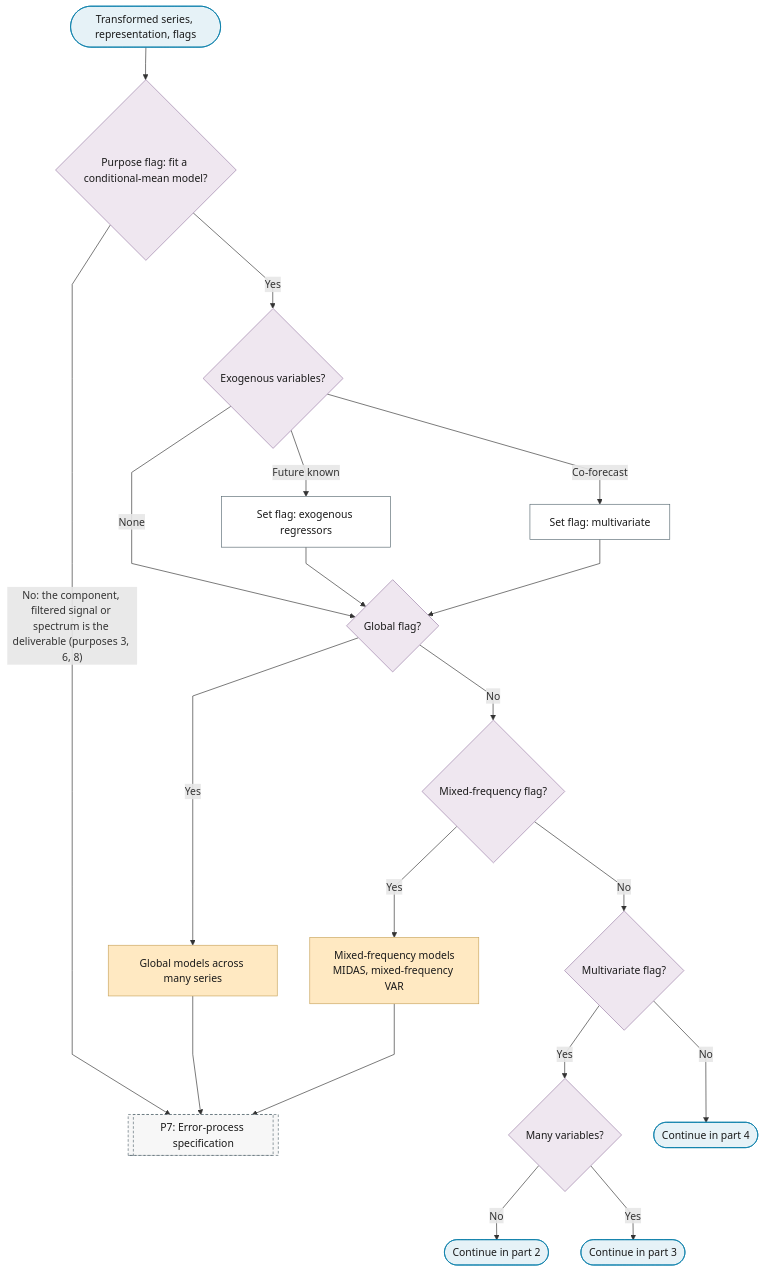
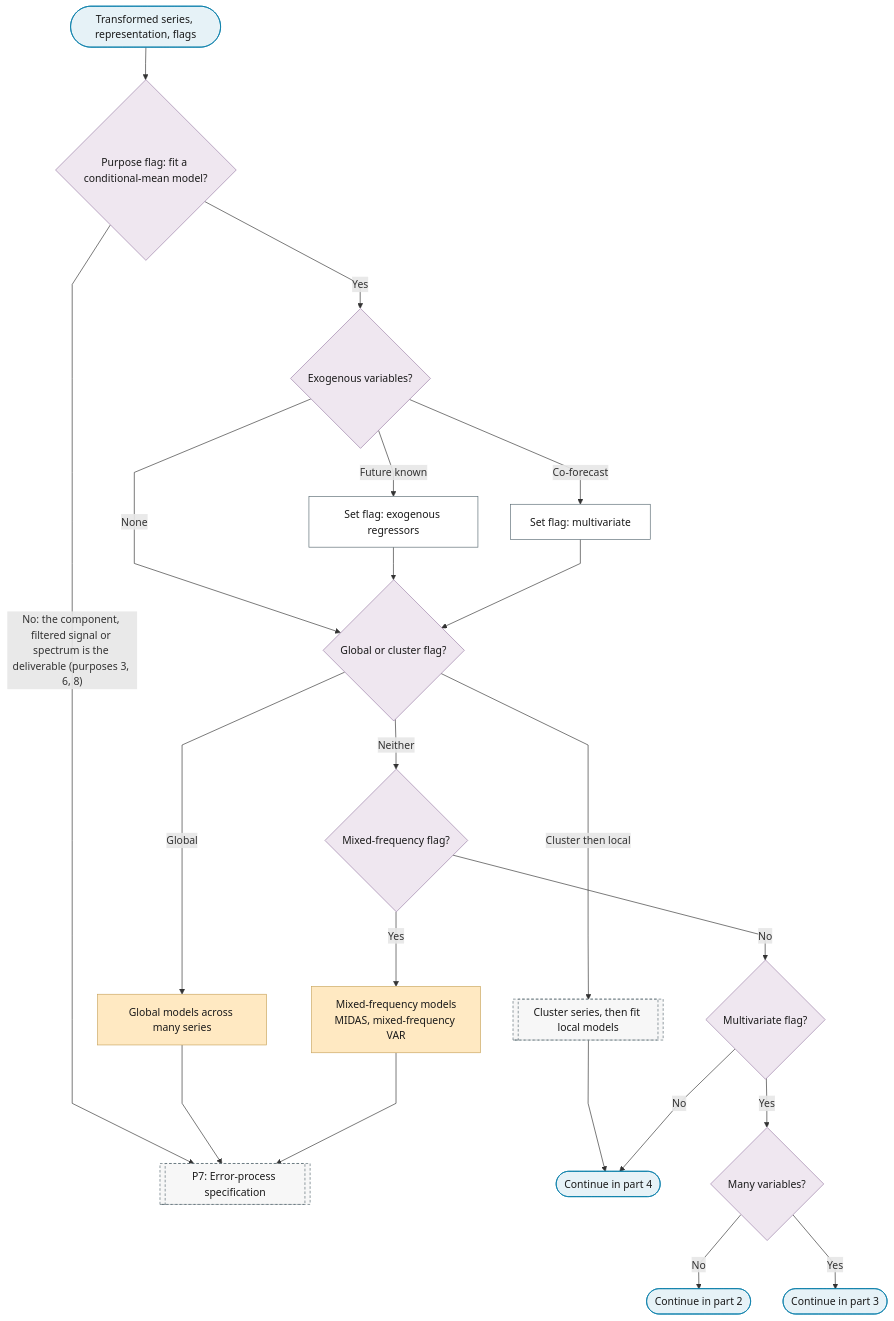
The first of 10 diagrams in docs/01-workflow/p06-mean-model-class.md (Shuxin-Y/time-series-analysis-manual), drawn with Mermaid before and after one commit. The commit also changed 3 other files, not shown here.

First line of the commit message:
fix(flowchart): every flag has a consumer and every diamond names what it reads (rev1 N2, N3, N5, N6)

````diff
--- a/docs/01-workflow/p06-mean-model-class.md
+++ b/docs/01-workflow/p06-mean-model-class.md
@@ -11,33 +11,35 @@
 ```mermaid
 %%{init: {"flowchart": {"curve": "linear"}}}%%
 graph TD
     P6_IN(["Transformed series, representation, flags"]) --> P6_MODEL_NEEDED{"Purpose flag: fit a conditional-mean model?"}
     P6_MODEL_NEEDED -->|"No: the component, filtered signal or spectrum is the deliverable (purposes 3, 6, 8)"| P7
     P6_MODEL_NEEDED -->|"Yes"| P6_EXOGENOUS{"Exogenous variables?"}
     P6_EXOGENOUS -->|"Future known"| P6_EXOG_FLAG["Set flag: exogenous regressors"]
     P6_EXOGENOUS -->|"Co-forecast"| P6_MULTI_FLAG["Set flag: multivariate"]
     P6_EXOGENOUS -->|"None"| P6_GLOBAL_Q
-    P6_EXOG_FLAG & P6_MULTI_FLAG --> P6_GLOBAL_Q{"Global flag?"}
-    P6_GLOBAL_Q -->|"Yes"| P6_GLOBAL_MODELS["Global models across many series"]
-    P6_GLOBAL_Q -->|"No"| P6_MIXED_Q{"Mixed-frequency flag?"}
+    P6_EXOG_FLAG & P6_MULTI_FLAG --> P6_GLOBAL_Q{"Global or cluster flag?"}
+    P6_GLOBAL_Q -->|"Global"| P6_GLOBAL_MODELS["Global models across many series"]
+    P6_GLOBAL_Q -->|"Cluster then local"| B7_CLUSTER_THEN_LOCAL[["Cluster series, then fit local models"]]
+    P6_GLOBAL_Q -->|"Neither"| P6_MIXED_Q{"Mixed-frequency flag?"}
+    B7_CLUSTER_THEN_LOCAL --> P6_TO_PART_4
     P6_MIXED_Q -->|"Yes"| P6_MIXED_FREQUENCY["Mixed-frequency models<br/>MIDAS, mixed-frequency VAR"]
     P6_MIXED_Q -->|"No"| P6_MULTI_Q{"Multivariate flag?"}
     P6_MULTI_Q -->|"Yes"| P6_MANY_Q{"Many variables?"}
     P6_MULTI_Q -->|"No"| P6_TO_PART_4(["Continue in part 4"])
     P6_MANY_Q -->|"No"| P6_TO_PART_2(["Continue in part 2"])
     P6_MANY_Q -->|"Yes"| P6_TO_PART_3(["Continue in part 3"])
     P6_GLOBAL_MODELS & P6_MIXED_FREQUENCY --> P7[["P7: Error-process specification"]]
     class P6_GLOBAL_MODELS,P6_MIXED_FREQUENCY escalate
     class P6_IN,P6_TO_PART_4,P6_TO_PART_2,P6_TO_PART_3 terminator
     class P6_MODEL_NEEDED,P6_EXOGENOUS,P6_GLOBAL_Q,P6_MIXED_Q,P6_MULTI_Q,P6_MANY_Q decision
     class P6_EXOG_FLAG,P6_MULTI_FLAG process
-    class P7 ref
+    class B7_CLUSTER_THEN_LOCAL,P7 ref
     classDef terminator fill:#E6F2F7,stroke:#007BA7,color:#1A1A1A;
     classDef process fill:#FFFFFF,stroke:#5A6B73,color:#1A1A1A;
     classDef decision fill:#EFE7F0,stroke:#9B7FA7,color:#1A1A1A;
     classDef data fill:#FFF4E0,stroke:#C9A55E,color:#1A1A1A;
     classDef good fill:#DCEFD8,stroke:#4A7A3F,color:#1A1A1A;
     classDef escalate fill:#FFE9C2,stroke:#C9A55E,color:#1A1A1A;
     classDef problem fill:#F2D9DE,stroke:#800020,color:#1A1A1A;
     classDef ref fill:#F7F7F7,stroke:#5A6B73,color:#1A1A1A,stroke-dasharray:4 3;
 ```
````
